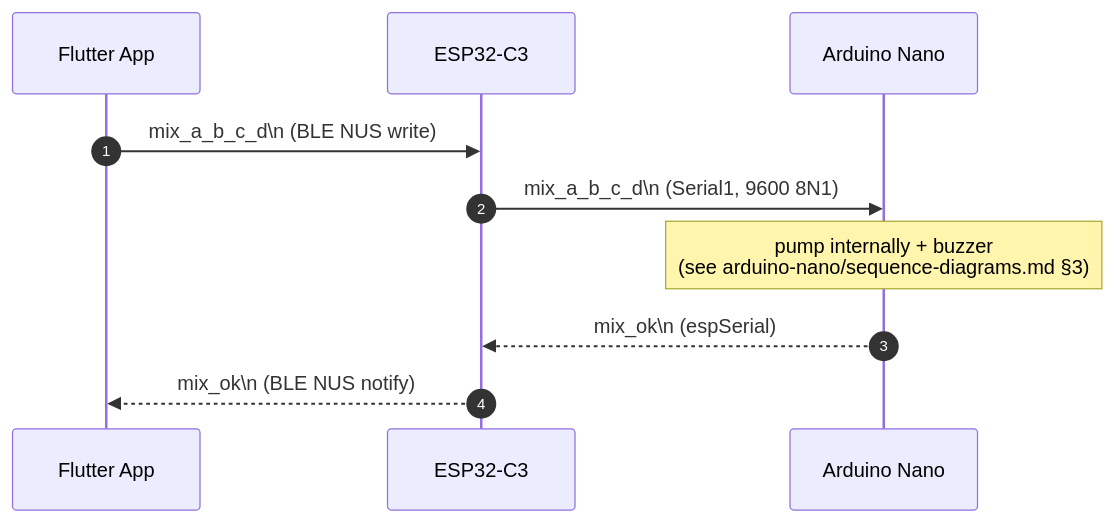
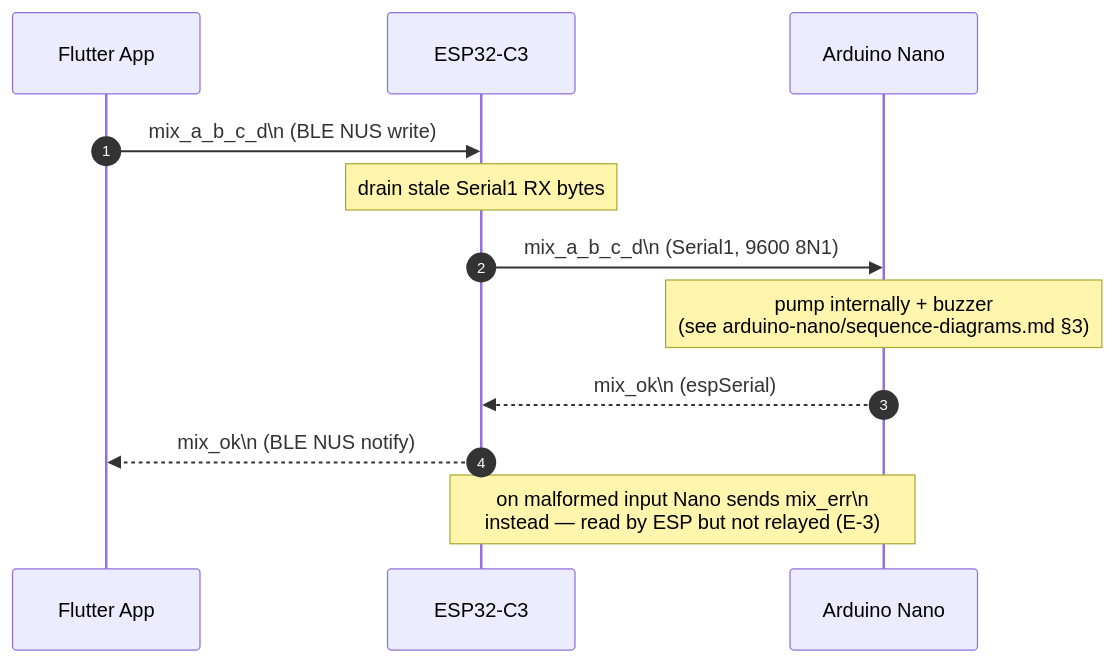
Before and after one commit to Hubert005/IoT_Projekt: the third of 3 diagrams in docs/cross-dependencies/sequence-diagrams.md, drawn with Mermaid. The commit also changed other lines of this file and 19 other files, not shown here.

````diff
--- a/docs/cross-dependencies/sequence-diagrams.md
+++ b/docs/cross-dependencies/sequence-diagrams.md
@@ -44,12 +45,14 @@
 ```mermaid
 sequenceDiagram
     autonumber
     participant App as Flutter App
     participant ESP as ESP32-C3
     participant Nano as Arduino Nano
     App->>ESP: mix_a_b_c_d\n          (BLE NUS write)
+    Note over ESP: drain stale Serial1 RX bytes
     ESP->>Nano: mix_a_b_c_d\n         (Serial1, 9600 8N1)
     Note over Nano: pump internally + buzzer<br/>(see arduino-nano/sequence-diagrams.md §3)
     Nano-->>ESP: mix_ok\n              (espSerial)
     ESP-->>App: mix_ok\n               (BLE NUS notify)
+    Note over Nano,ESP: on malformed input Nano sends mix_err\n<br/>instead — read by ESP but not relayed (E-3)
 ```
````
